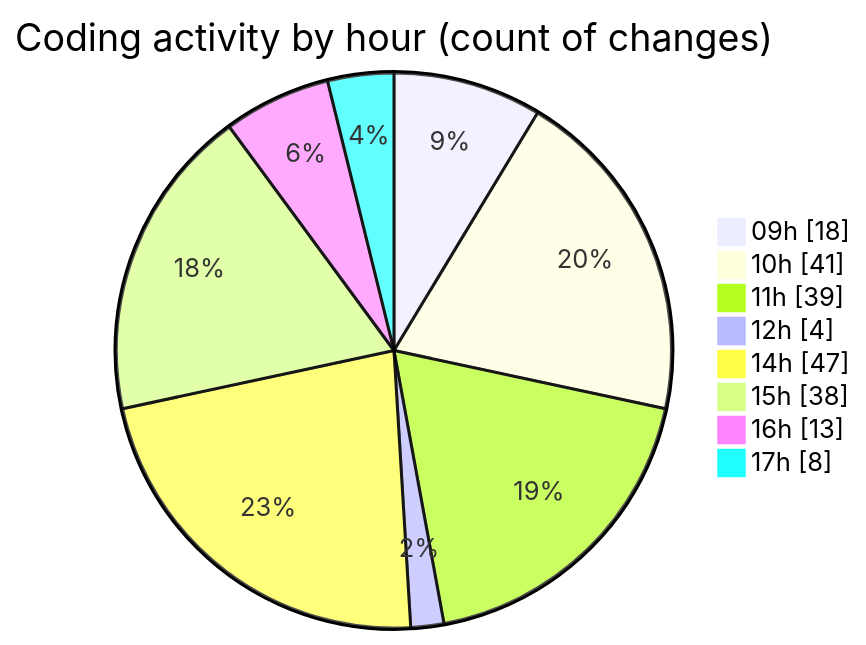
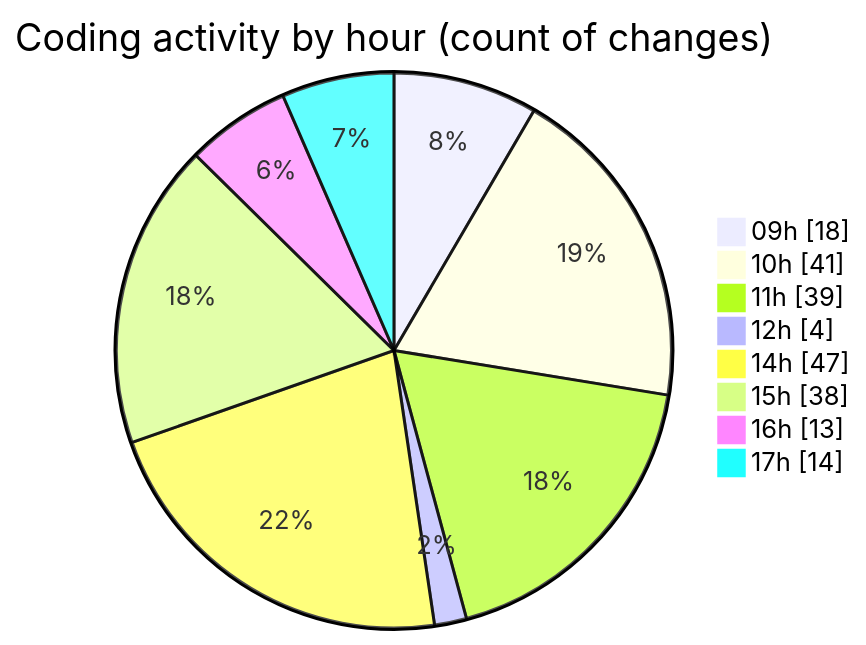
Before and after one commit to momahboobian/code-tracking: the second of 2 diagrams in 2025-02-11/cda/README.md, drawn with Mermaid. The commit also changed other lines of this file and 1 other file, not shown here.

````diff
--- a/2025-02-11/cda/README.md
+++ b/2025-02-11/cda/README.md
@@ -34,12 +34,12 @@
 ```mermaid
 pie showData
 title Coding activity by hour (count of changes)
 "09h" : 18
 "10h" : 41
 "11h" : 39
 "12h" : 4
 "14h" : 47
 "15h" : 38
 "16h" : 13
-"17h" : 8
+"17h" : 14
 ```
````
